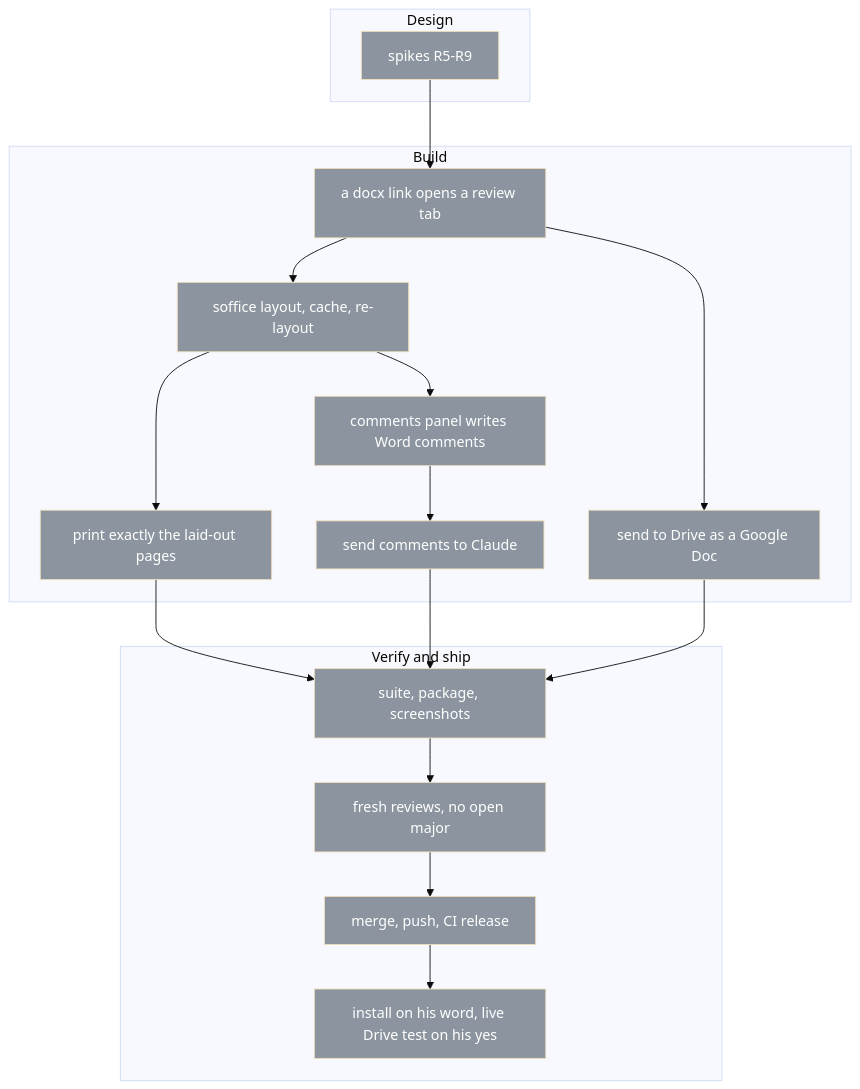
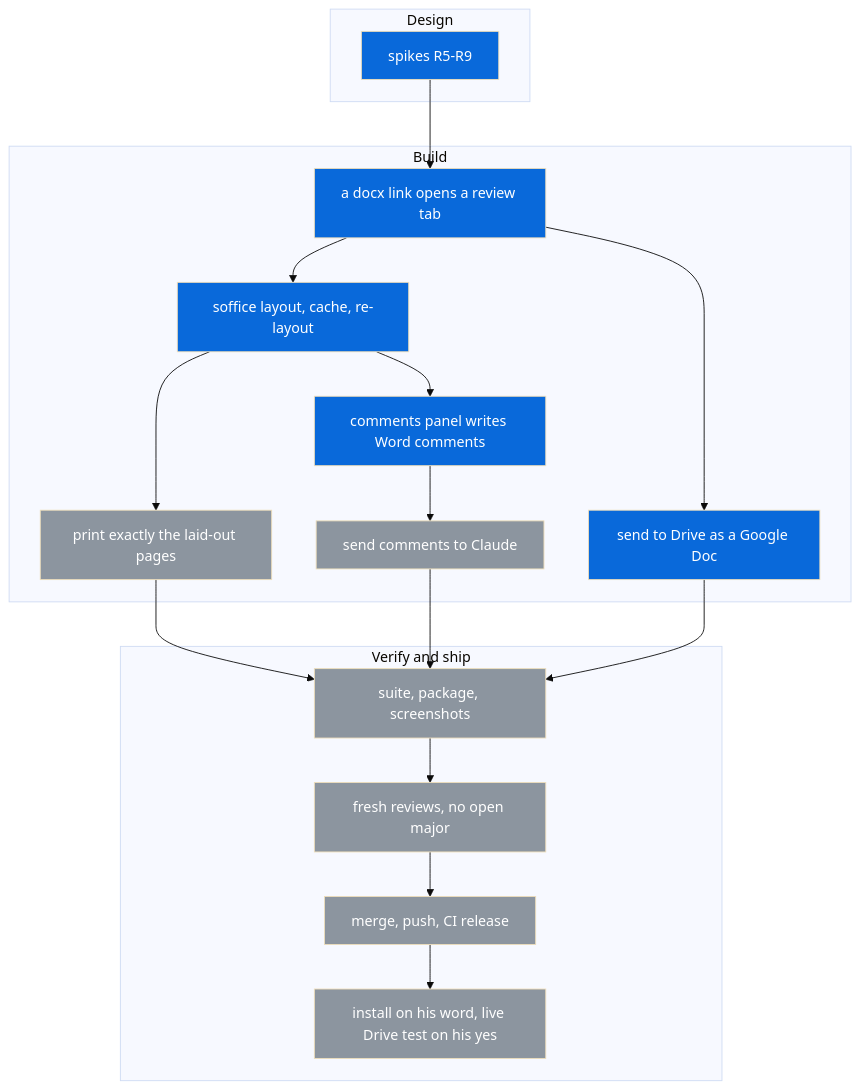
One commit to michaeljryoung/patton changed the diagram in docs/review-tab.md. Above: the diagram before and after it, drawn with Mermaid (base theme). The commit also changed other lines of this file and 14 other files, not shown here.

First line of the commit message:
Review tab, main half: OOXML comments, soffice layout, Drive API upload, review IPC; spike decisions R5-R10

````diff
--- a/docs/review-tab.md
+++ b/docs/review-tab.md
@@ -10,38 +10,38 @@
 ```mermaid
 flowchart TD
   subgraph D["Design"]
-    rt_spike[spikes R5-R9]:::todo
+    rt_spike[spikes R5-R9]:::live
   end
   subgraph B["Build"]
-    rt_open[a docx link opens a review tab]:::todo
-    rt_layout[soffice layout, cache, re-layout]:::todo
+    rt_open[a docx link opens a review tab]:::live
+    rt_layout[soffice layout, cache, re-layout]:::live
     rt_print[print exactly the laid-out pages]:::todo
-    rt_drive[send to Drive as a Google Doc]:::todo
-    rt_comments[comments panel writes Word comments]:::todo
+    rt_drive[send to Drive as a Google Doc]:::live
+    rt_comments[comments panel writes Word comments]:::live
     rt_claude[send comments to Claude]:::todo
   end
   subgraph V["Verify and ship"]
     rt_check[suite, package, screenshots]:::todo
     rt_review[fresh reviews, no open major]:::todo
     rt_release[merge, push, CI release]:::todo
     rt_ship[install on his word, live Drive test on his yes]:::todo
   end
   rt_spike --> rt_open
   rt_open --> rt_layout
   rt_layout --> rt_print
   rt_layout --> rt_comments
   rt_open --> rt_drive
   rt_comments --> rt_claude
   rt_print --> rt_check
   rt_drive --> rt_check
   rt_claude --> rt_check
   rt_check --> rt_review
   rt_review --> rt_release
   rt_release --> rt_ship
   classDef done fill:#1a7f37,color:#fff
   classDef live fill:#0969da,color:#fff
   classDef todo fill:#8c959f,color:#fff
   classDef blocked fill:#cf222e,color:#fff
   classDef dropped fill:#eaeef2,color:#57606a
   classDef superseded fill:#eaeef2,color:#57606a
 ```
````
